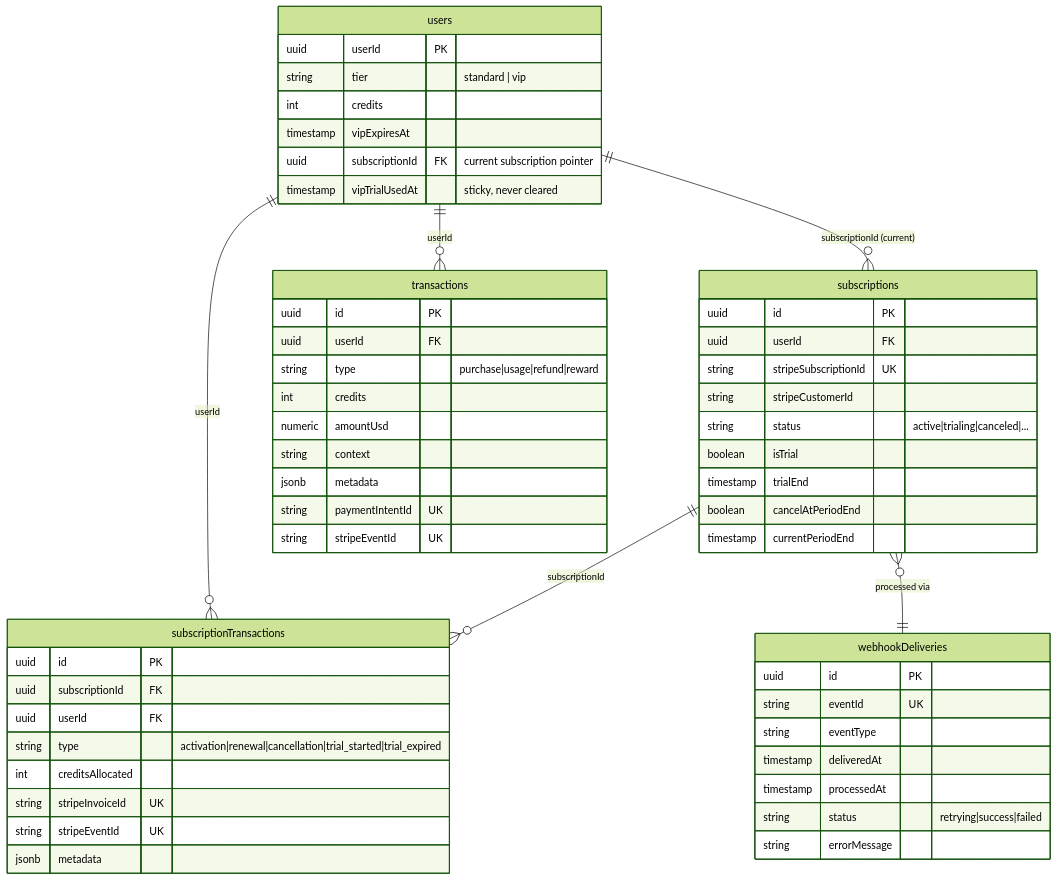
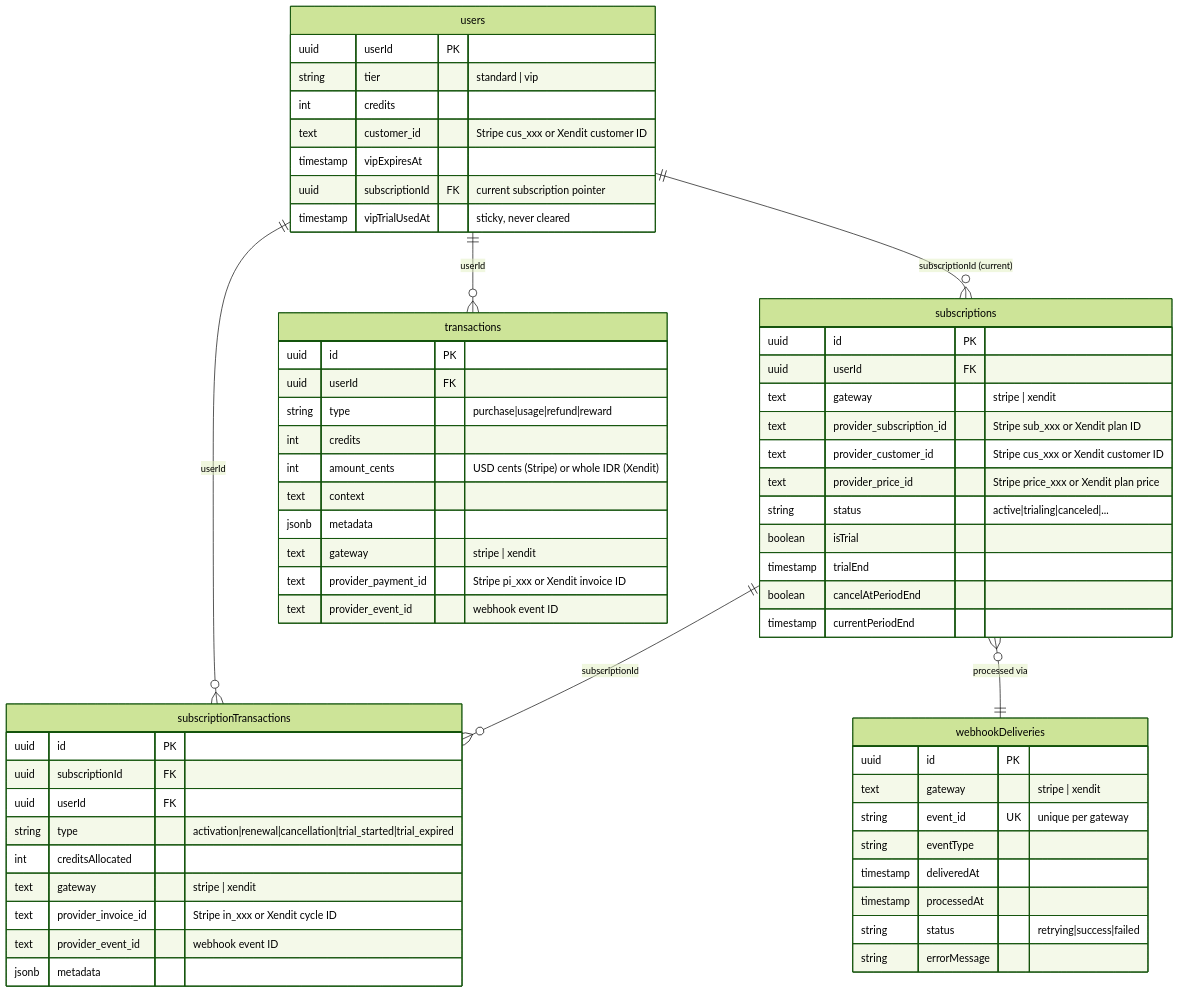
One commit to txufiknr/Twistloom-backend changed the third of 8 diagrams in docs/architecture/PAYMENTS_ARCHITECTURE_BACKEND.md. Above: the diagram before and after it, drawn with Mermaid (forest theme). The commit also changed other lines of this file and 34 other files, not shown here.

Commit message:
refactor(payment): provider-agnostic, creator wallet payout

````diff
--- a/docs/architecture/PAYMENTS_ARCHITECTURE_BACKEND.md
+++ b/docs/architecture/PAYMENTS_ARCHITECTURE_BACKEND.md
@@ -56,58 +189,64 @@
 ```mermaid
 erDiagram
     users ||--o{ subscriptions : "subscriptionId (current)"
     users ||--o{ transactions : "userId"
     users ||--o{ subscriptionTransactions : "userId"
     subscriptions ||--o{ subscriptionTransactions : "subscriptionId"
     subscriptions }o--|| webhookDeliveries : "processed via"
 
     users {
         uuid userId PK
         string tier "standard | vip"
         int credits
+        text customer_id "Stripe cus_xxx or Xendit customer ID"
         timestamp vipExpiresAt
         uuid subscriptionId FK "current subscription pointer"
         timestamp vipTrialUsedAt "sticky, never cleared"
     }
     subscriptions {
         uuid id PK
         uuid userId FK
-        string stripeSubscriptionId UK
-        string stripeCustomerId
+        text gateway "stripe | xendit"
+        text provider_subscription_id "Stripe sub_xxx or Xendit plan ID"
+        text provider_customer_id "Stripe cus_xxx or Xendit customer ID"
+        text provider_price_id "Stripe price_xxx or Xendit plan price"
         string status "active|trialing|canceled|..."
         boolean isTrial
         timestamp trialEnd
         boolean cancelAtPeriodEnd
         timestamp currentPeriodEnd
     }
     subscriptionTransactions {
         uuid id PK
         uuid subscriptionId FK
         uuid userId FK
         string type "activation|renewal|cancellation|trial_started|trial_expired"
         int creditsAllocated
-        string stripeInvoiceId UK
-        string stripeEventId UK
+        text gateway "stripe | xendit"
+        text provider_invoice_id "Stripe in_xxx or Xendit cycle ID"
+        text provider_event_id "webhook event ID"
         jsonb metadata
     }
     transactions {
         uuid id PK
         uuid userId FK
         string type "purchase|usage|refund|reward"
         int credits
-        numeric amountUsd
-        string context
+        int amount_cents "USD cents (Stripe) or whole IDR (Xendit)"
+        text context
         jsonb metadata
-        string paymentIntentId UK
-        string stripeEventId UK
+        text gateway "stripe | xendit"
+        text provider_payment_id "Stripe pi_xxx or Xendit invoice ID"
+        text provider_event_id "webhook event ID"
     }
     webhookDeliveries {
         uuid id PK
-        string eventId UK
+        text gateway "stripe | xendit"
+        string event_id UK "unique per gateway"
         string eventType
         timestamp deliveredAt
         timestamp processedAt
         string status "retrying|success|failed"
         string errorMessage
     }
 ```
````
